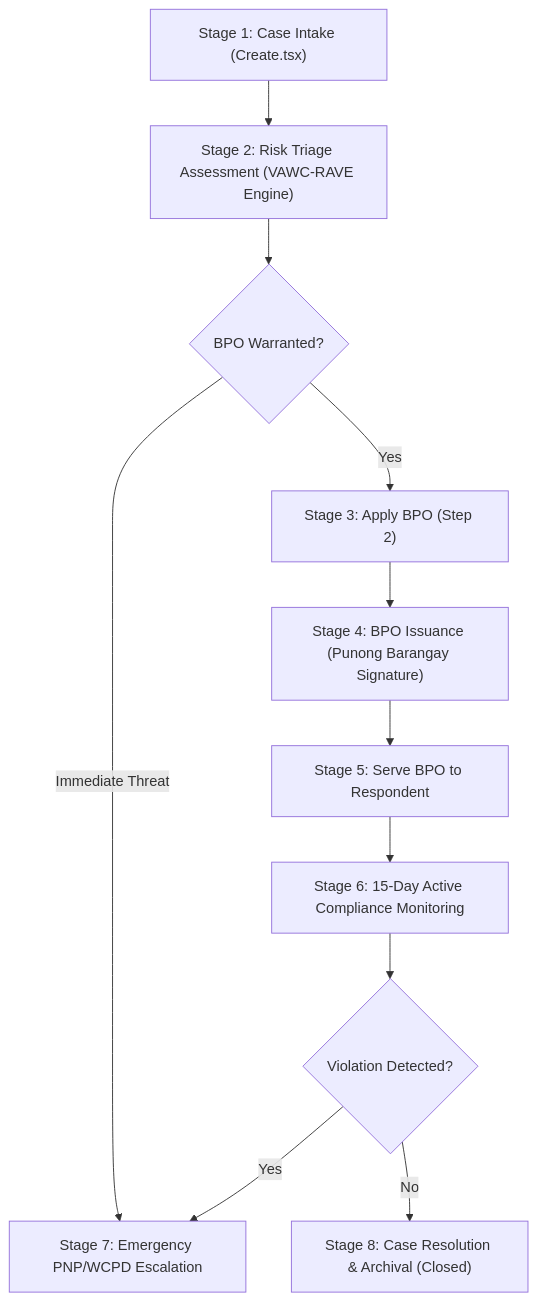
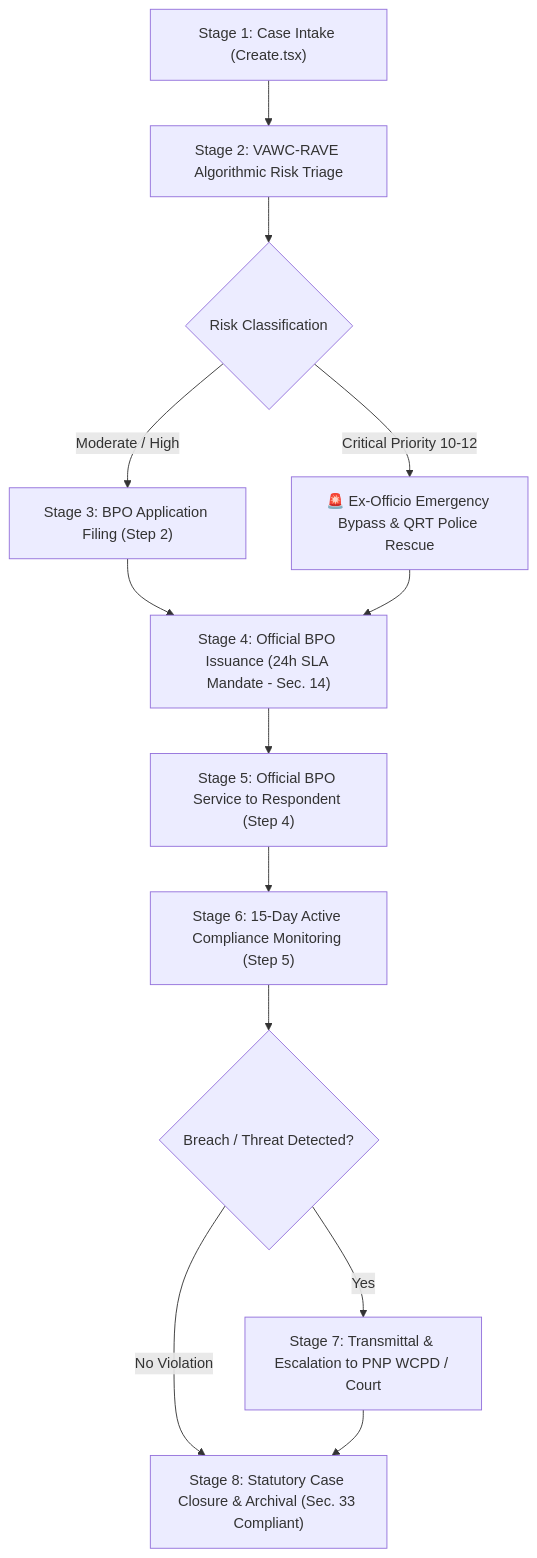
The diagram in docs/VAWC_SYSTEM_USER_GUIDE_AND_PROCESS_MANUAL.md (duustin25/women_and_family_new), drawn with Mermaid before and after one commit. The commit also changed other lines of this file and 11 other files, not shown here.

````diff
--- a/docs/VAWC_SYSTEM_USER_GUIDE_AND_PROCESS_MANUAL.md
+++ b/docs/VAWC_SYSTEM_USER_GUIDE_AND_PROCESS_MANUAL.md
@@ -13,13 +14,15 @@
 ```mermaid
 flowchart TD
-    A["Stage 1: Case Intake (Create.tsx)"] --> B["Stage 2: Risk Triage Assessment (VAWC-RAVE Engine)"]
-    B --> C{"BPO Warranted?"}
-    C -- Yes --> D["Stage 3: Apply BPO (Step 2)"]
-    C -- Immediate Threat --> H["Stage 7: Emergency PNP/WCPD Escalation"]
-    D --> E["Stage 4: BPO Issuance (Punong Barangay Signature)"]
-    E --> F["Stage 5: Serve BPO to Respondent"]
-    F --> G["Stage 6: 15-Day Active Compliance Monitoring"]
-    G --> I{"Violation Detected?"}
-    I -- Yes --> H
-    I -- No --> J["Stage 8: Case Resolution & Archival (Closed)"]
+    A["Stage 1: Case Intake (Create.tsx)"] --> B["Stage 2: VAWC-RAVE Algorithmic Risk Triage"]
+    B --> C{"Risk Classification"}
+    C -- Critical Priority 10-12 --> D["🚨 Ex-Officio Emergency Bypass & QRT Police Rescue"]
+    C -- Moderate / High --> E["Stage 3: BPO Application Filing (Step 2)"]
+    E --> F["Stage 4: Official BPO Issuance (24h SLA Mandate - Sec. 14)"]
+    D --> F
+    F --> G["Stage 5: Official BPO Service to Respondent (Step 4)"]
+    G --> H["Stage 6: 15-Day Active Compliance Monitoring (Step 5)"]
+    H --> I{"Breach / Threat Detected?"}
+    I -- Yes --> J["Stage 7: Transmittal & Escalation to PNP WCPD / Court"]
+    I -- No Violation --> K["Stage 8: Statutory Case Closure & Archival (Sec. 33 Compliant)"]
+    J --> K
 ```
````
